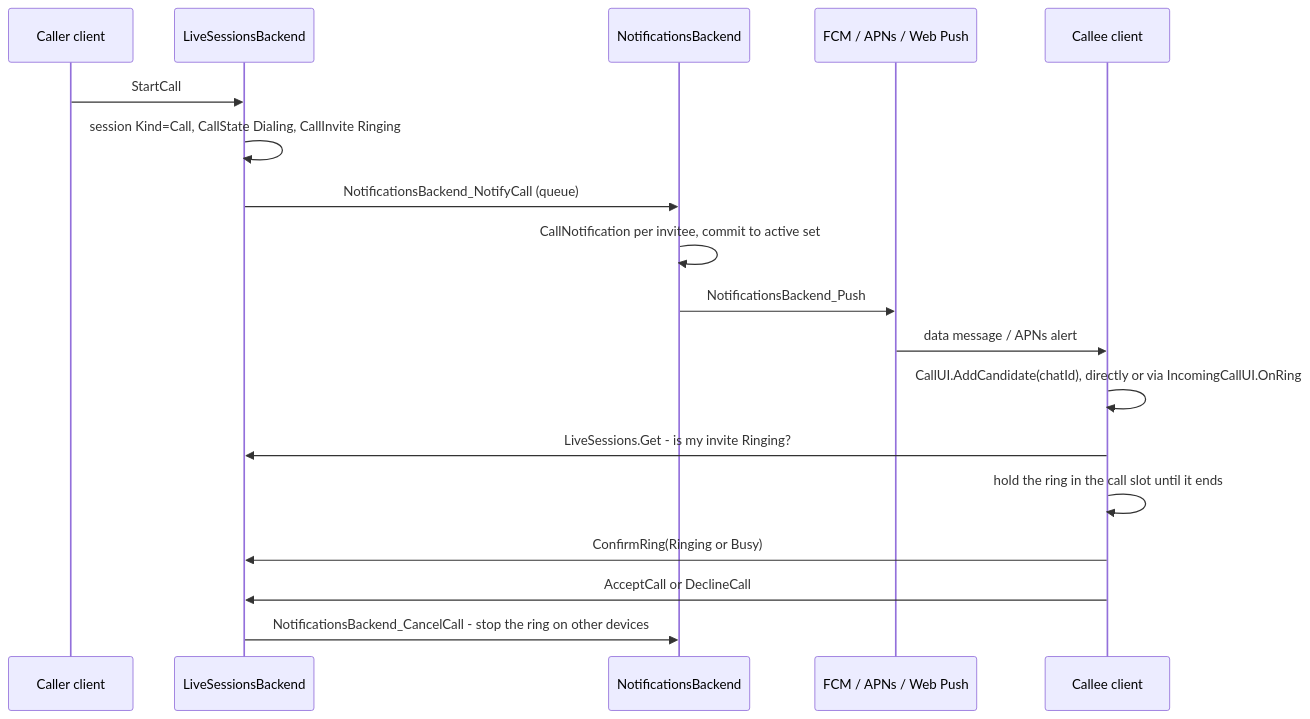
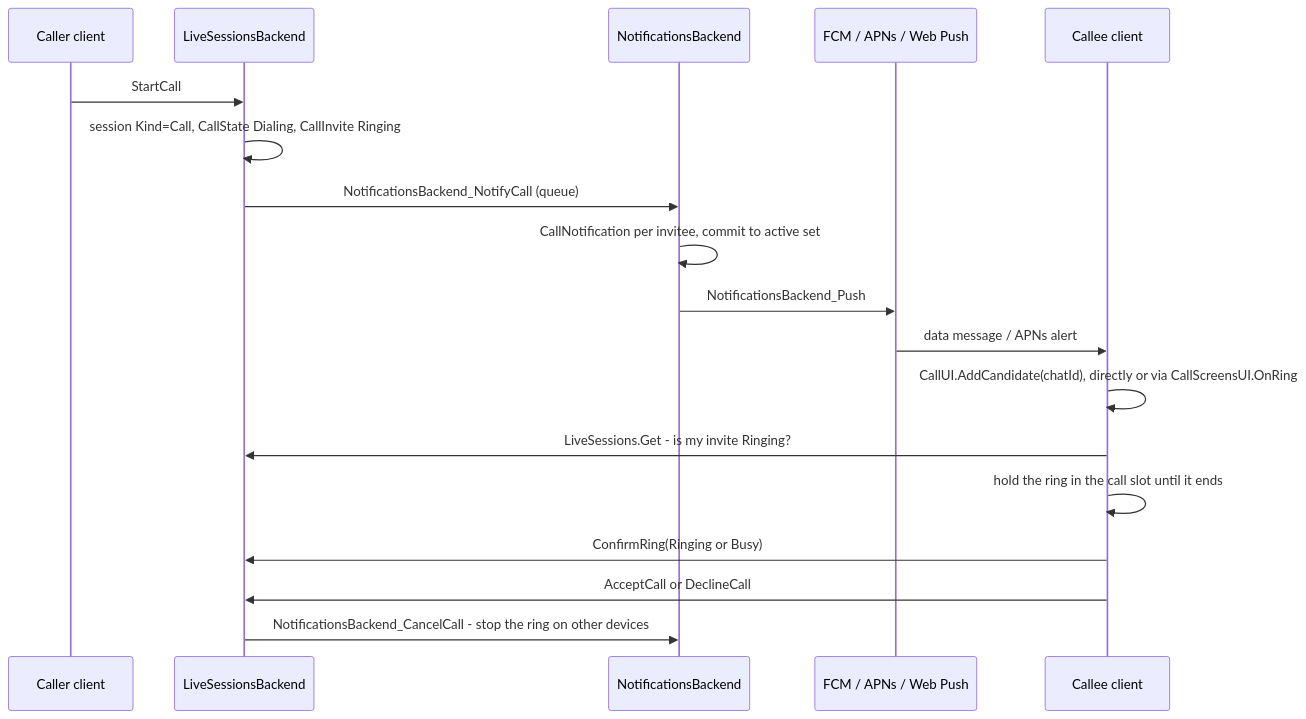
Before and after one commit to Actual-Chat/actual-chat: the diagram in docs/calls/incoming-call-flow.md, drawn with Mermaid. The commit also changed other lines of this file and 21 other files, not shown here.

First line of the commit message:
refactor(call): rename IncomingCallUI to CallScreensUI and tidy it up

````diff
--- a/docs/calls/incoming-call-flow.md
+++ b/docs/calls/incoming-call-flow.md
@@ -23,21 +23,21 @@
 ```mermaid
 sequenceDiagram
     participant Caller as Caller client
     participant LS as LiveSessionsBackend
     participant NB as NotificationsBackend
     participant Push as FCM / APNs / Web Push
     participant Callee as Callee client
 
     Caller->>LS: StartCall
     LS->>LS: session Kind=Call, CallState Dialing, CallInvite Ringing
     LS->>NB: NotificationsBackend_NotifyCall (queue)
     NB->>NB: CallNotification per invitee, commit to active set
     NB->>Push: NotificationsBackend_Push
     Push->>Callee: data message / APNs alert
-    Callee->>Callee: CallUI.AddCandidate(chatId), directly or via IncomingCallUI.OnRing
+    Callee->>Callee: CallUI.AddCandidate(chatId), directly or via CallScreensUI.OnRing
     Callee->>LS: LiveSessions.Get - is my invite Ringing?
     Callee->>Callee: hold the ring in the call slot until it ends
     Callee->>LS: ConfirmRing(Ringing or Busy)
     Callee->>LS: AcceptCall or DeclineCall
     LS->>NB: NotificationsBackend_CancelCall - stop the ring on other devices
 ```
````
